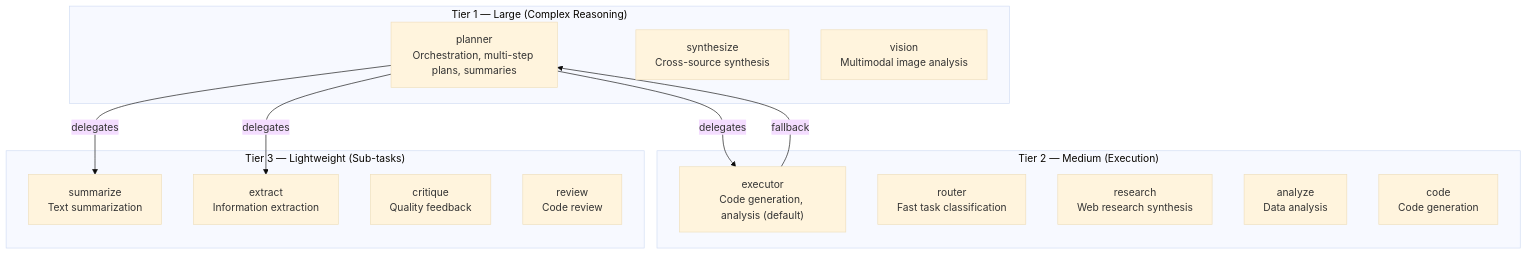
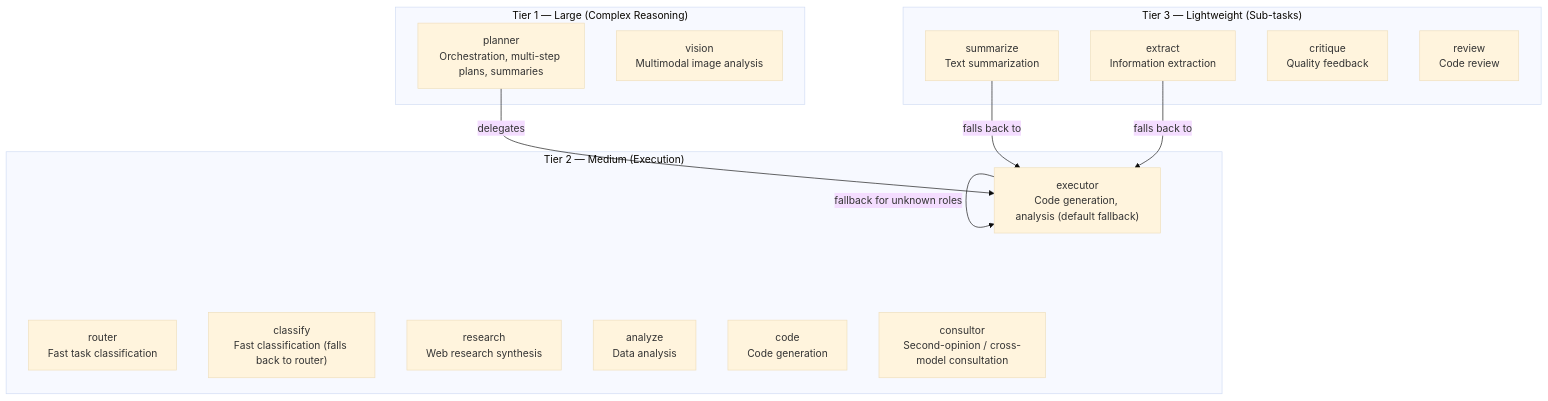
The second of 7 diagrams in docs/core/LLM.md (brunogcar/agent), drawn with Mermaid (base theme) before and after one commit. The commit also changed other lines of this file and 12 other files, not shown here.

````diff
--- a/docs/core/LLM.md
+++ b/docs/core/LLM.md
@@ -85,25 +82,26 @@
 ```mermaid
 graph TD
     subgraph "Tier 1 — Large (Complex Reasoning)"
         PL["planner<br/>Orchestration, multi-step plans, summaries"]
-        SY["synthesize<br/>Cross-source synthesis"]
         VI["vision<br/>Multimodal image analysis"]
     end
     subgraph "Tier 2 — Medium (Execution)"
-        EX["executor<br/>Code generation, analysis (default)"]
+        EX["executor<br/>Code generation, analysis (default fallback)"]
         RO["router<br/>Fast task classification"]
+        CL["classify<br/>Fast classification (falls back to router)"]
         RE["research<br/>Web research synthesis"]
         AN["analyze<br/>Data analysis"]
         CO["code<br/>Code generation"]
+        CN["consultor<br/>Second-opinion / cross-model consultation"]
     end
     subgraph "Tier 3 — Lightweight (Sub-tasks)"
         SU["summarize<br/>Text summarization"]
         ET["extract<br/>Information extraction"]
         CR["critique<br/>Quality feedback"]
         RV["review<br/>Code review"]
     end
     PL -->|delegates| EX
-    PL -->|delegates| SU
-    PL -->|delegates| ET
-    EX -->|fallback| PL
+    EX -->|fallback for unknown roles| EX
+    SU -->|falls back to| EX
+    ET -->|falls back to| EX
 ```
````
